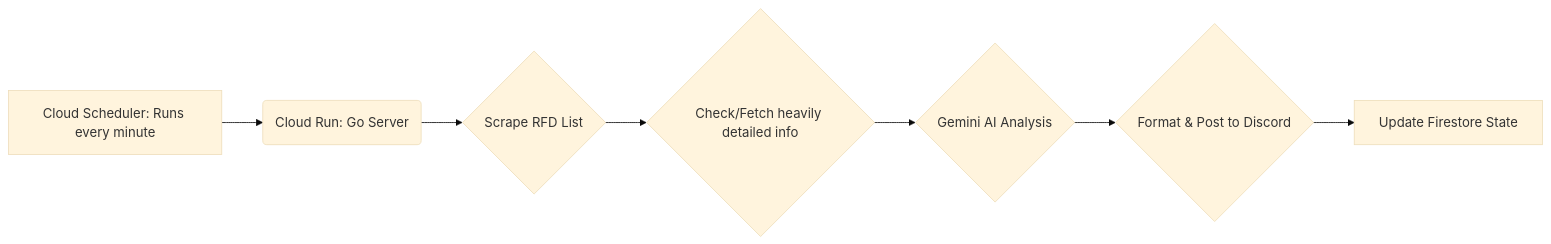
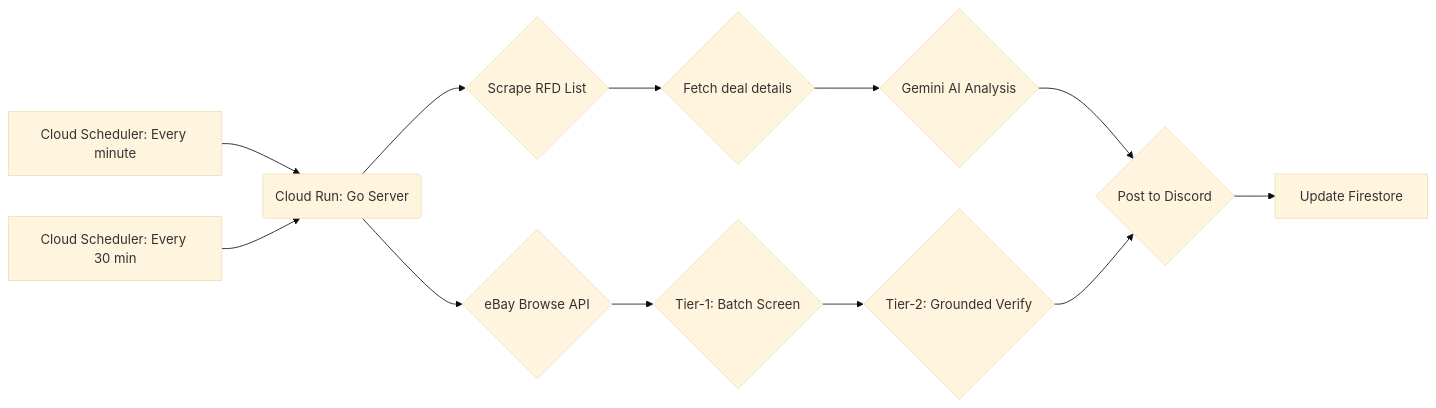
Before and after one commit to pauljones0/rfd-discord-bot: the diagram in README.md, drawn with Mermaid (base theme). The commit also changed other lines of this file and 14 other files, not shown here.

Commit message:
feat: add eBay deal monitoring with two-tier Gemini AI analysis

````diff
--- a/README.md
+++ b/README.md
@@ -70,9 +81,15 @@
 ```mermaid
 graph LR
-    A[Cloud Scheduler: Runs every minute] --> B(Cloud Run: Go Server)
+    A[Cloud Scheduler: Every minute] --> B(Cloud Run: Go Server)
     B --> C{Scrape RFD List}
-    C --> D{Check/Fetch heavily detailed info}
+    C --> D{Fetch deal details}
     D --> E{Gemini AI Analysis}
-    E --> F{Format & Post to Discord}
-    F --> G[Update Firestore State]
+    E --> F{Post to Discord}
+    F --> G[Update Firestore]
+
+    H[Cloud Scheduler: Every 30 min] --> B
+    B --> I{eBay Browse API}
+    I --> J{Tier-1: Batch Screen}
+    J --> K{Tier-2: Grounded Verify}
+    K --> F
 ```
````
